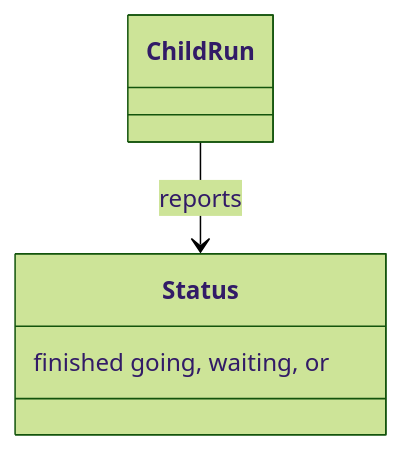
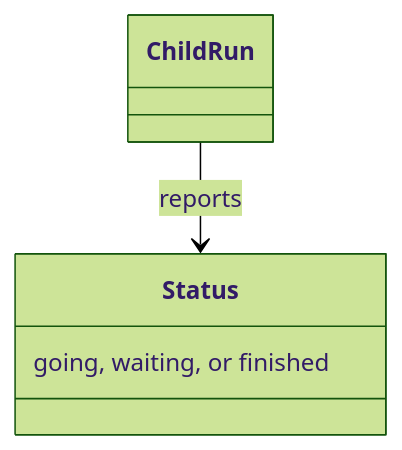
One commit to m2ux/workflow-server changed diagram 14 of 18 in docs/dispatch.md. Above: the diagram before and after it, drawn with Mermaid (forest theme). The commit also changed other lines of this file and 10 other files, not shown here.

Commit message:
Write each class-box note in reading order so the diagram shows the phrase as written.

````diff
--- a/docs/dispatch.md
+++ b/docs/dispatch.md
@@ -241,8 +241,8 @@
 ```mermaid
 classDiagram
   class ChildRun
   class Status {
-    finished going, waiting, or
+    going, waiting, or finished
   }
   ChildRun --> Status : reports
 ```
````
